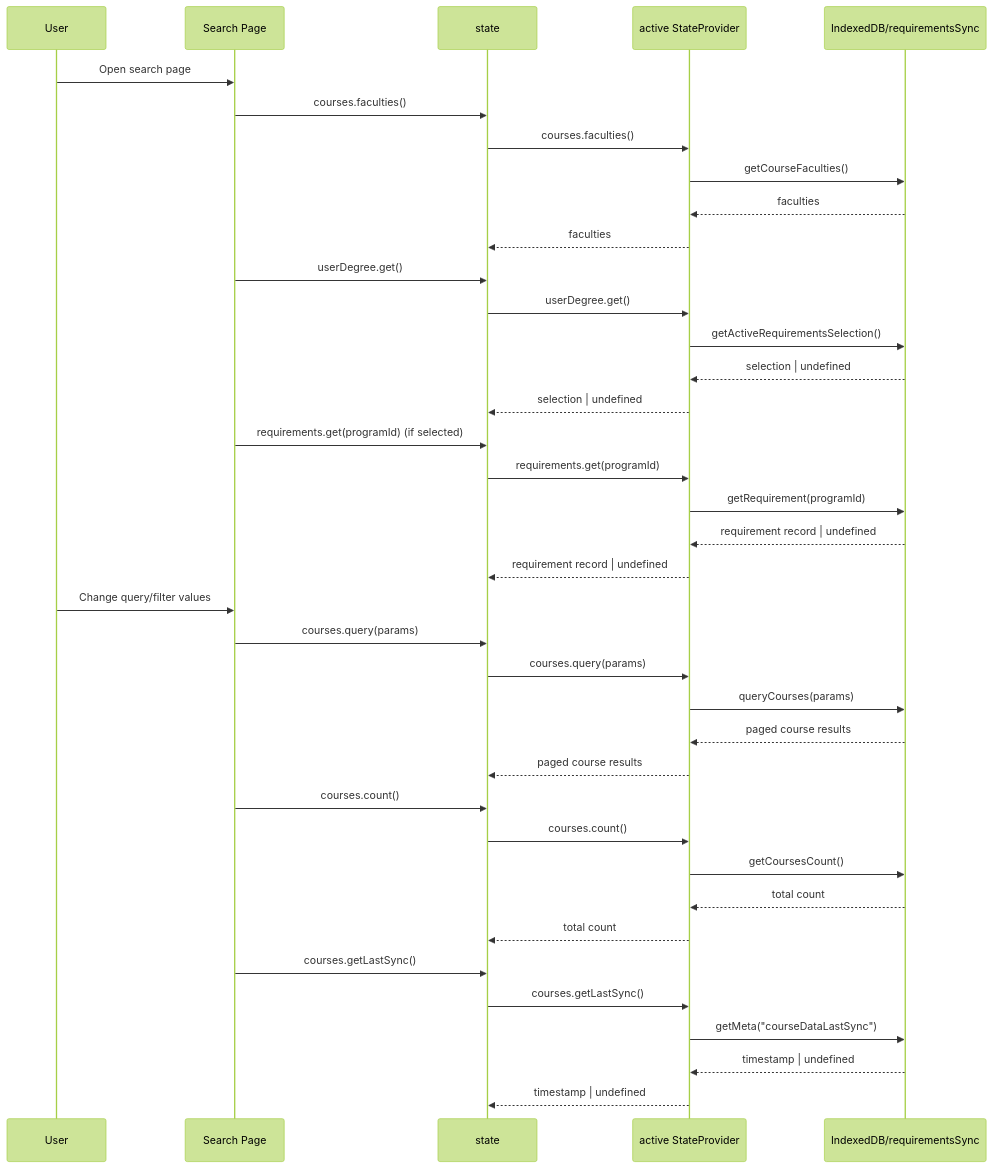
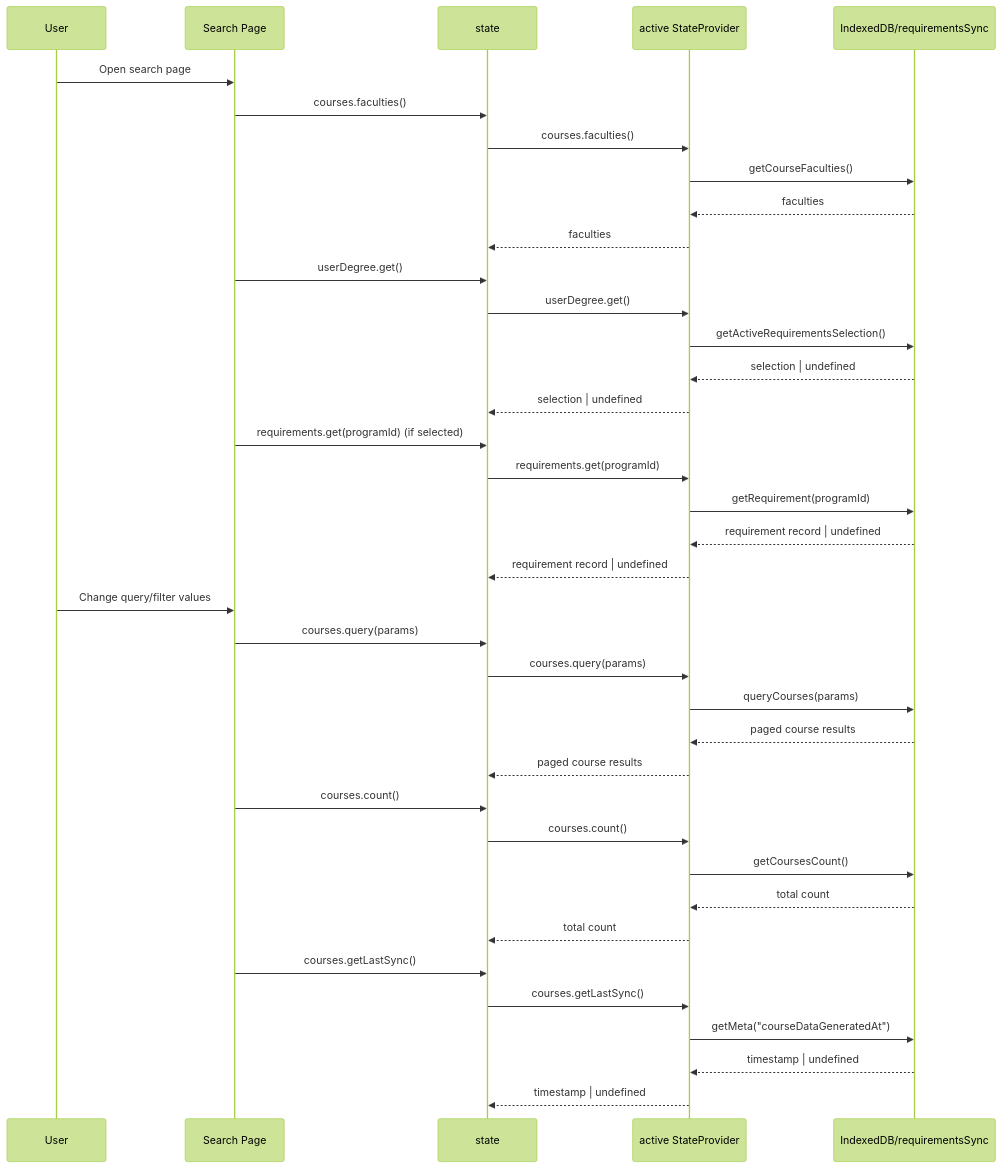
One commit to selfint/planit changed the fourth of 11 diagrams in src/lib/stateManagement.context.md. Above: the diagram before and after it, drawn with Mermaid (forest theme). The commit also changed other lines of this file and 930 other files, not shown here.

````diff
--- a/src/lib/stateManagement.context.md
+++ b/src/lib/stateManagement.context.md
@@ -238,41 +239,41 @@
 ```mermaid
 sequenceDiagram
   participant U as User
   participant Q as Search Page
   participant S as state
   participant SP as active StateProvider
   participant DB as IndexedDB/requirementsSync
 
   U->>Q: Open search page
   Q->>S: courses.faculties()
   S->>SP: courses.faculties()
   SP->>DB: getCourseFaculties()
   DB-->>SP: faculties
   SP-->>S: faculties
   Q->>S: userDegree.get()
   S->>SP: userDegree.get()
   SP->>DB: getActiveRequirementsSelection()
   DB-->>SP: selection | undefined
   SP-->>S: selection | undefined
   Q->>S: requirements.get(programId) (if selected)
   S->>SP: requirements.get(programId)
   SP->>DB: getRequirement(programId)
   DB-->>SP: requirement record | undefined
   SP-->>S: requirement record | undefined
   U->>Q: Change query/filter values
   Q->>S: courses.query(params)
   S->>SP: courses.query(params)
   SP->>DB: queryCourses(params)
   DB-->>SP: paged course results
   SP-->>S: paged course results
   Q->>S: courses.count()
   S->>SP: courses.count()
   SP->>DB: getCoursesCount()
   DB-->>SP: total count
   SP-->>S: total count
   Q->>S: courses.getLastSync()
   S->>SP: courses.getLastSync()
-  SP->>DB: getMeta("courseDataLastSync")
+  SP->>DB: getMeta("courseDataGeneratedAt")
   DB-->>SP: timestamp | undefined
   SP-->>S: timestamp | undefined
 ```
````
